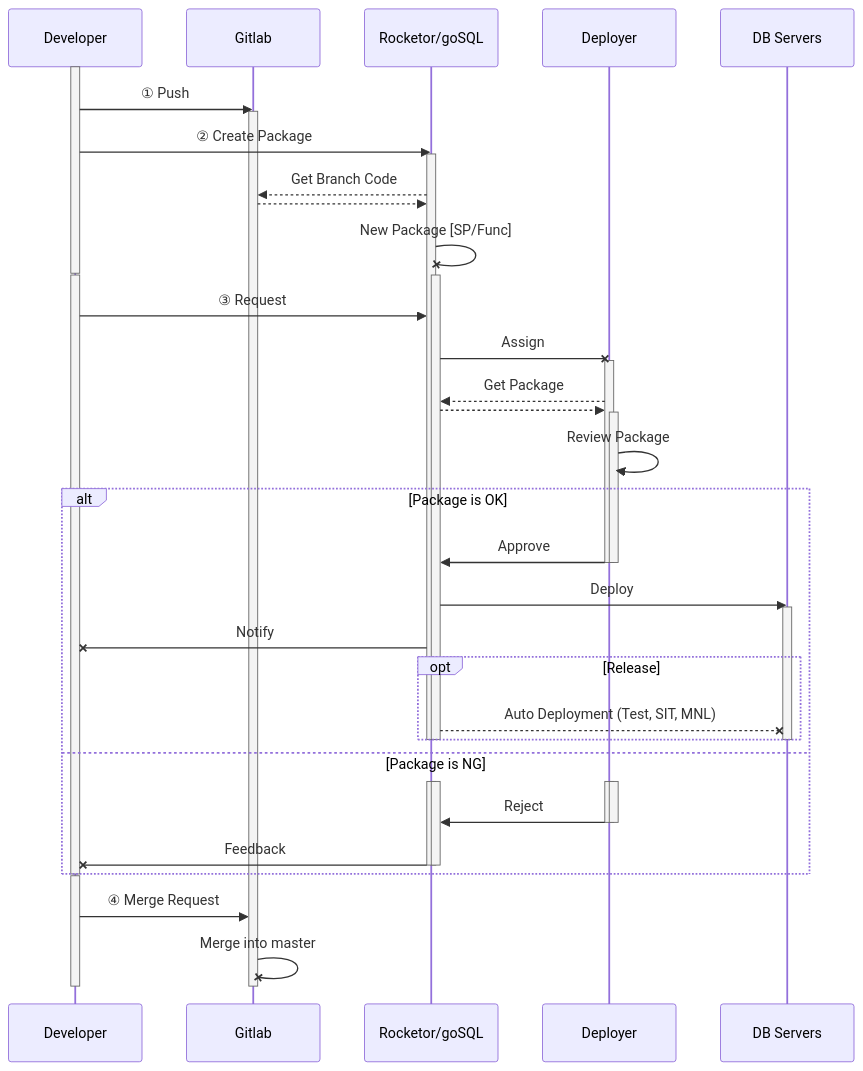
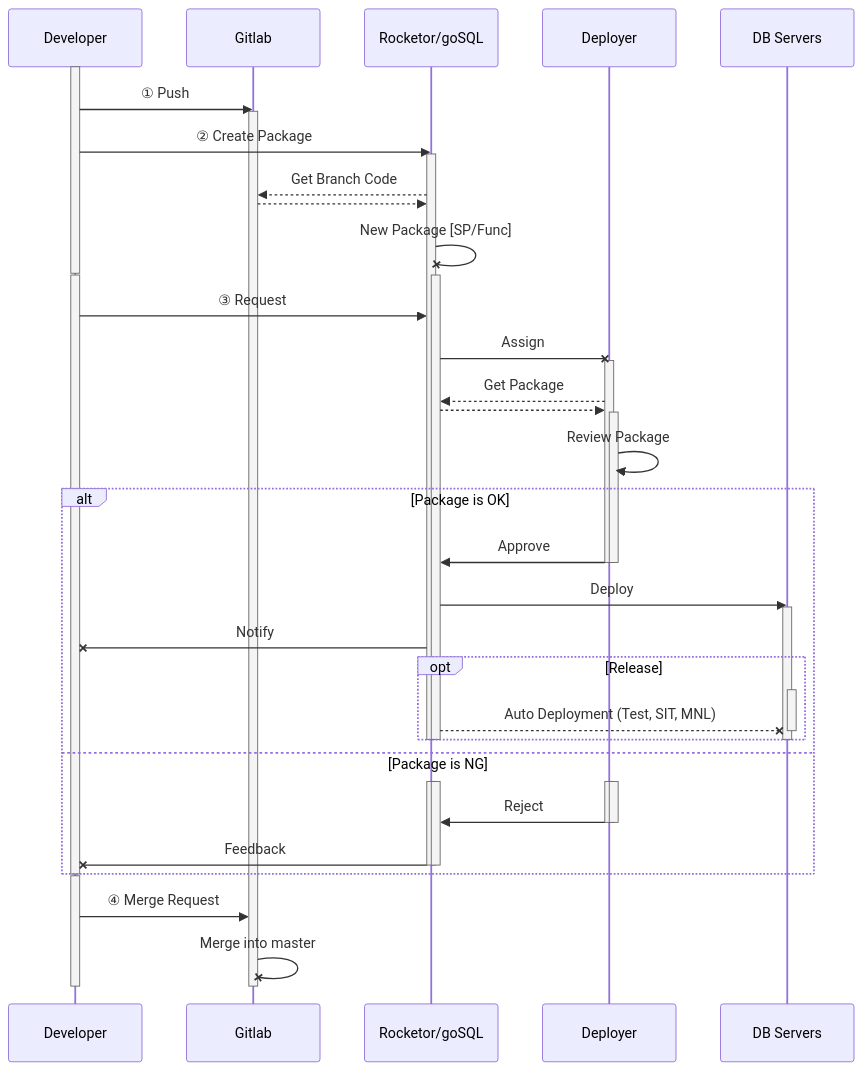
One commit to starixvn/DBA_PROD_documentation changed the first of 2 diagrams in deployment-process/README.md. Above: the diagram before and after it, drawn with Mermaid. The commit also changed other lines of this file, not shown here.

````diff
--- a/deployment-process/README.md
+++ b/deployment-process/README.md
@@ -31,60 +87,62 @@
 ```mermaid
 sequenceDiagram
 	participant Dev AS Developer
 	participant Git AS Gitlab
 	participant goSQL AS Rocketor/goSQL
 	participant DBA AS Deployer
 	participant Svr AS DB Servers
 
 	activate Dev
 	Dev ->> Git: ① Push
 	activate Git
 		Dev ->> goSQL: ② Create Package
 		activate goSQL
 			goSQL -->> Git: Get Branch Code
 			Git -->> goSQL: 
 			goSQL -x goSQL: New Package [SP/Func]
 	deactivate Dev
 
 	activate Dev
 			activate goSQL
 				Dev ->> goSQL: ③ Request
 				goSQL -x DBA: Assign
 				activate DBA
 					DBA -->> goSQL: Get Package
 					goSQL -->> DBA: 
 					activate DBA
 						DBA ->> DBA: Review Package
 						alt Package is OK
 							DBA ->> goSQL: Approve
 					deactivate DBA
 				deactivate DBA
 							goSQL ->> Svr: Deploy
 				activate Svr
 							goSQL -x Dev: Notify
 							opt Release
+					activate Svr
 								goSQL --x Svr: Auto Deployment (Test, SIT, MNL)
+					deactivate Svr
 							end
 				deactivate Svr
 			deactivate goSQL
 		deactivate goSQL
 						else Package is NG
 		activate goSQL
 			activate goSQL
 				activate DBA
 					activate DBA
 							DBA ->> goSQL: Reject
 					deactivate DBA
 				deactivate DBA
 							goSQL -x Dev: Feedback
 			deactivate goSQL
 		deactivate goSQL
 						end
 	deactivate Dev
 
 	activate Dev
 	Dev ->> Git: ④ Merge Request
 	Git -x Git: Merge into master
 	deactivate Dev
 	deactivate Git
 ```
````
